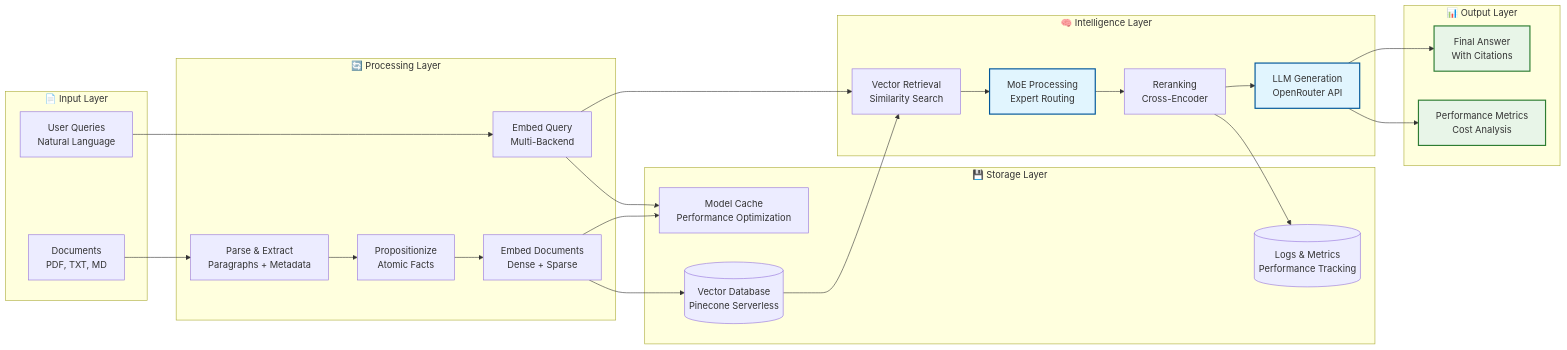
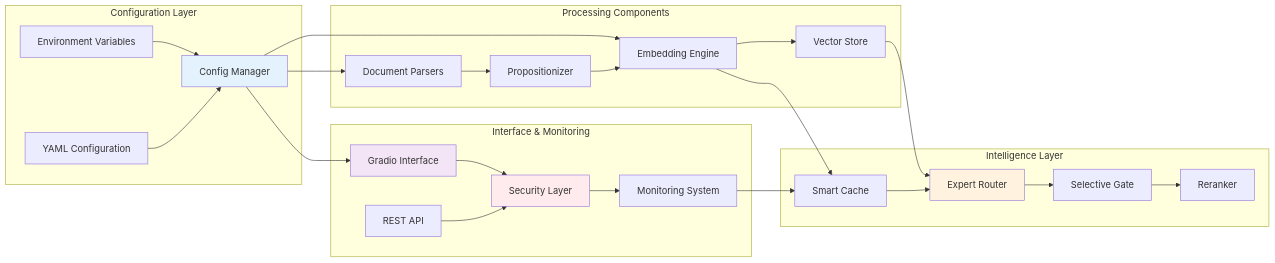
The fifth of 7 diagrams in README.md (JackSmack1971/personal-rag-propo), drawn with Mermaid before and after one commit. The commit also changed other lines of this file, not shown here.

````diff
--- a/README.md
+++ b/README.md
@@ -262,48 +267,55 @@
 ```mermaid
 graph LR
-    subgraph Input_Layer["📄 Input Layer"]
-        DOC[Documents<br/>PDF, TXT, MD]
-        QUERY[User Queries<br/>Natural Language]
+    subgraph "Configuration Layer"
+        CONFIG[Config Manager]
+        ENV[Environment Variables]
+        YAML[YAML Configuration]
     end
     
-    subgraph Processing_Layer["🔄 Processing Layer"]
-        PARSE[Parse & Extract<br/>Paragraphs + Metadata]
-        PROP[Propositionize<br/>Atomic Facts]
-        EMBED_DOC[Embed Documents<br/>Dense + Sparse]
-        EMBED_Q[Embed Query<br/>Multi-Backend]
+    subgraph "Processing Components"
+        PARSE[Document Parsers]
+        PROP[Propositionizer]
+        EMBED[Embedding Engine]
+        VECTOR[Vector Store]
     end
     
-    subgraph Storage_Layer["💾 Storage Layer"]
-        CACHE[Model Cache<br/>Performance Optimization]
-        VECTOR_DB[(Vector Database<br/>Pinecone Serverless)]
-        LOGS[(Logs & Metrics<br/>Performance Tracking)]
+    subgraph "Intelligence Layer"
+        ROUTER[Expert Router]
+        GATE[Selective Gate] 
+        RERANK[Reranker]
+        CACHE[Smart Cache]
     end
     
-    subgraph Intelligence_Layer["🧠 Intelligence Layer"]
-        RETRIEVE[Vector Retrieval<br/>Similarity Search]
-        MOE[MoE Processing<br/>Expert Routing]
-        RERANK[Reranking<br/>Cross-Encoder]
-        GENERATE[LLM Generation<br/>OpenRouter API]
+    subgraph "Interface & Monitoring"
+        UI[Gradio Interface]
+        API[REST API]
+        MONITOR[Monitoring System]
+        SECURITY[Security Layer]
     end
     
-    subgraph Output_Layer["📊 Output Layer"]
-        ANSWER[Final Answer<br/>With Citations]
-        METRICS[Performance Metrics<br/>Cost Analysis]
-    end
+    CONFIG --> PARSE
+    CONFIG --> EMBED
+    CONFIG --> UI
+    ENV --> CONFIG
+    YAML --> CONFIG
     
-    DOC --> PARSE --> PROP --> EMBED_DOC --> VECTOR_DB
-    QUERY --> EMBED_Q --> RETRIEVE
-    EMBED_DOC --> CACHE
-    EMBED_Q --> CACHE
+    PARSE --> PROP
+    PROP --> EMBED
+    EMBED --> VECTOR
+    EMBED --> CACHE
     
-    RETRIEVE --> MOE --> RERANK --> GENERATE
-    VECTOR_DB --> RETRIEVE
-    GENERATE --> ANSWER
-    RERANK --> LOGS
-    GENERATE --> METRICS
+    VECTOR --> ROUTER
+    ROUTER --> GATE
+    GATE --> RERANK
+    CACHE --> ROUTER
     
-    style MOE fill:#e1f5fe,stroke:#01579b,stroke-width:2px
-    style GENERATE fill:#e1f5fe,stroke:#01579b,stroke-width:2px
-    style ANSWER fill:#e8f5e8,stroke:#2e7d32,stroke-width:2px
-    style METRICS fill:#e8f5e8,stroke:#2e7d32,stroke-width:2px
+    UI --> SECURITY
+    API --> SECURITY
+    SECURITY --> MONITOR
+    MONITOR --> CACHE
+    
+    style CONFIG fill:#e3f2fd
+    style ROUTER fill:#fff3e0
+    style UI fill:#f3e5f5
+    style SECURITY fill:#ffebee
 ```
````
